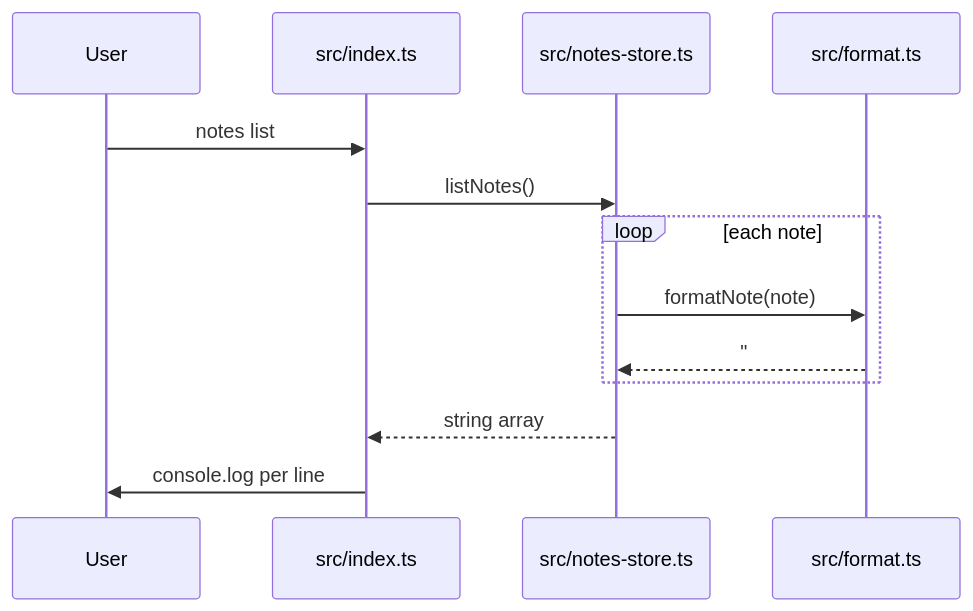
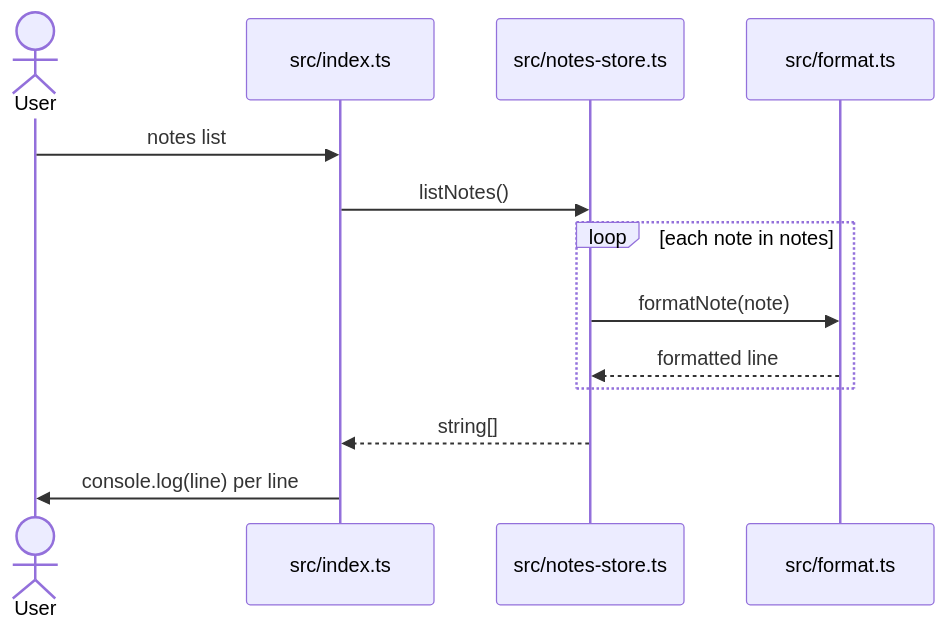
The second of 3 diagrams in examples/ts-notes-cli/docs/codemap/sequence-flow.md (hxxnn/codemap), drawn with Mermaid before and after one commit. The commit also changed other lines of this file and 35 other files, not shown here.

````diff
--- a/examples/ts-notes-cli/docs/codemap/sequence-flow.md
+++ b/examples/ts-notes-cli/docs/codemap/sequence-flow.md
@@ -45,15 +39,15 @@
 ```mermaid
 sequenceDiagram
-  participant U as User
+  actor U as User
   participant I as src/index.ts
   participant S as src/notes-store.ts
   participant F as src/format.ts
   U->>I: notes list
   I->>S: listNotes()
-  loop each note
+  loop each note in notes
     S->>F: formatNote(note)
-    F-->>S: "#id text (author)"
+    F-->>S: formatted line
   end
-  S-->>I: string array
-  I->>U: console.log per line
+  S-->>I: string[]
+  I->>U: console.log(line) per line
 ```
````
